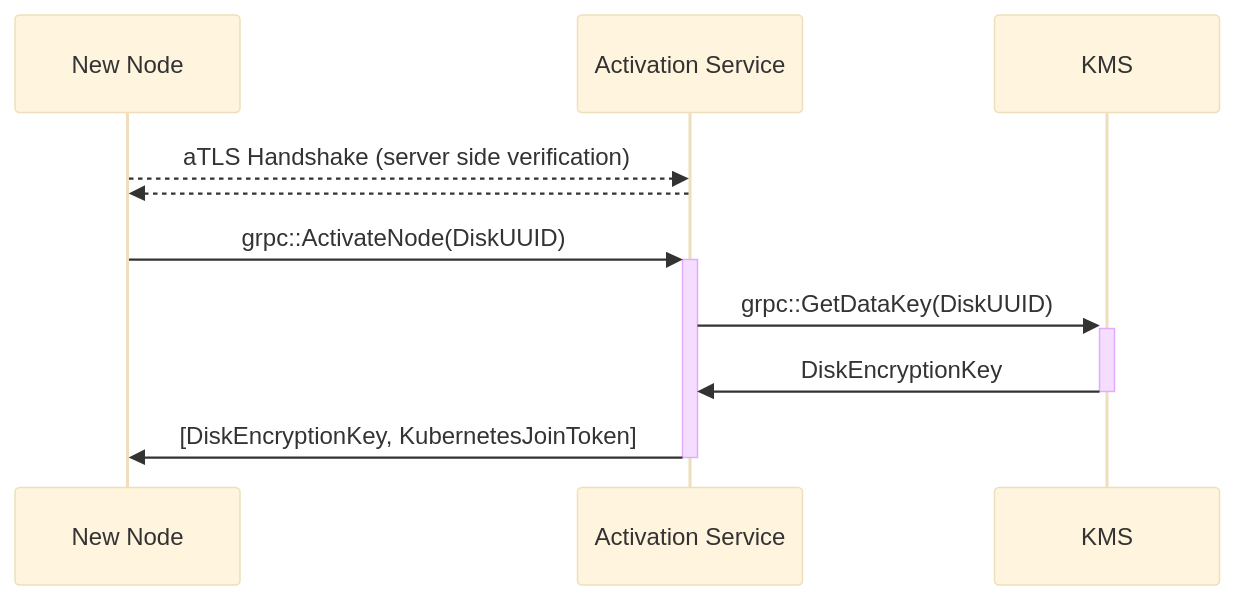
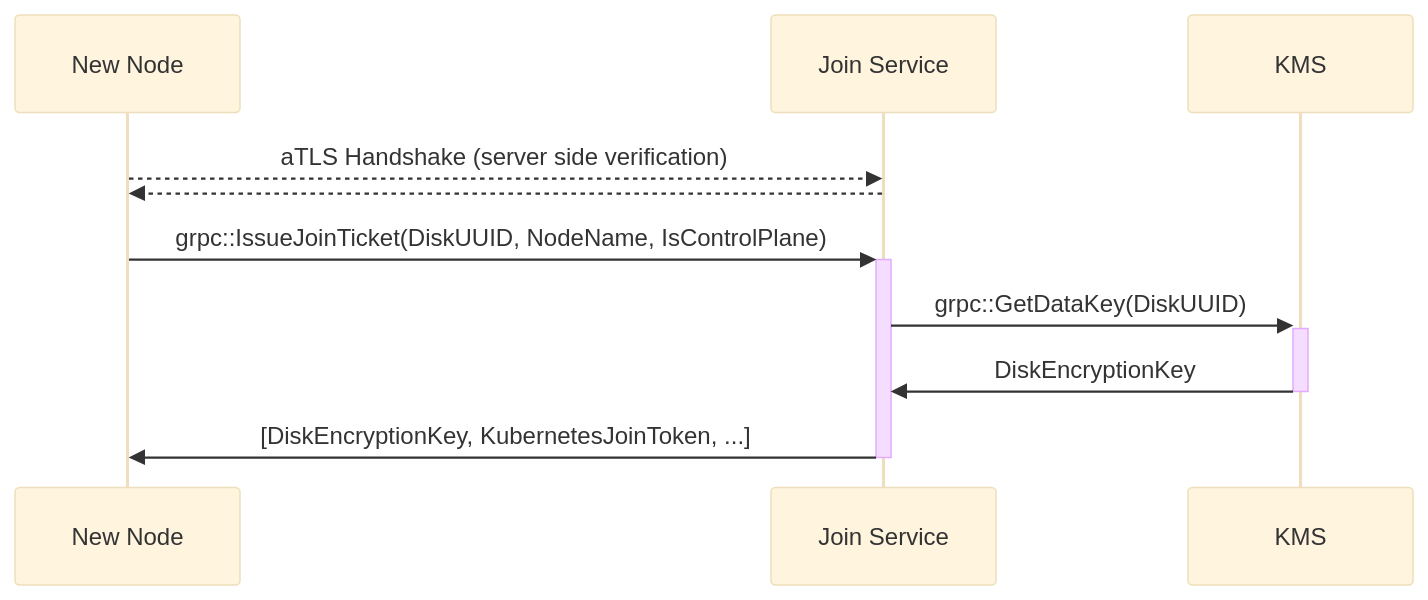
Before and after one commit to edgelesssys/constellation: the diagram in joinservice/README.md, drawn with Mermaid (base theme). The commit also changed other lines of this file and 9 other files, not shown here.

````diff
--- a/joinservice/README.md
+++ b/joinservice/README.md
@@ -36,11 +34,11 @@
 ```mermaid
 sequenceDiagram
     participant New Node
-    participant Activation Service
-    New Node-->>Activation Service: aTLS Handshake (server side verification)
-    Activation Service-->>New Node: 
-    New Node->>+Activation Service: grpc::ActivateNode(DiskUUID)
-    Activation Service->>+KMS: grpc::GetDataKey(DiskUUID)
-    KMS->>-Activation Service: DiskEncryptionKey
-    Activation Service->>-New Node: [DiskEncryptionKey, KubernetesJoinToken]
+    participant Join Service
+    New Node-->>Join Service: aTLS Handshake (server side verification)
+    Join Service-->>New Node:
+    New Node->>+Join Service: grpc::IssueJoinTicket(DiskUUID, NodeName, IsControlPlane)
+    Join Service->>+KMS: grpc::GetDataKey(DiskUUID)
+    KMS->>-Join Service: DiskEncryptionKey
+    Join Service->>-New Node: [DiskEncryptionKey, KubernetesJoinToken, ...]
 ```
````
